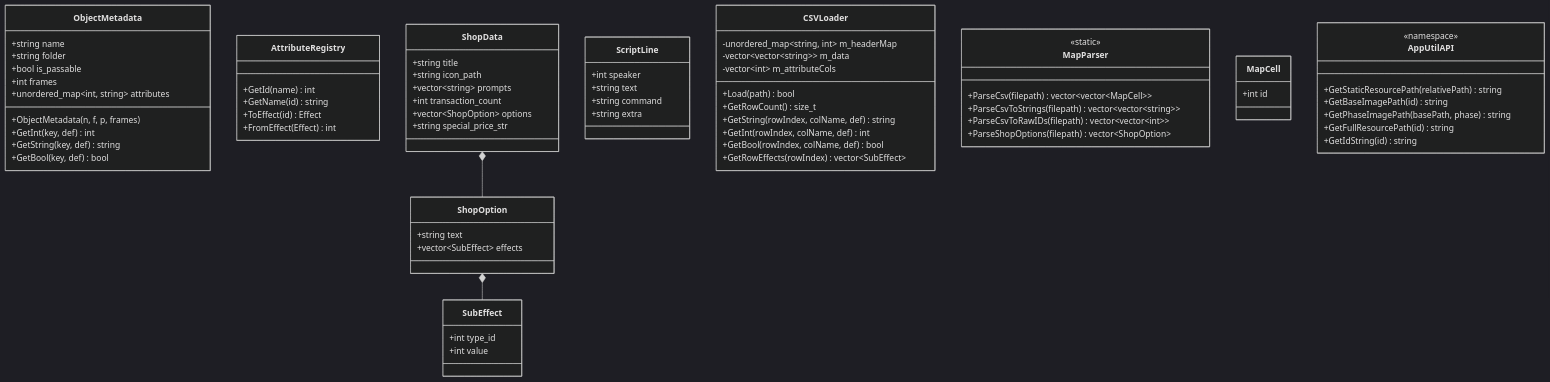
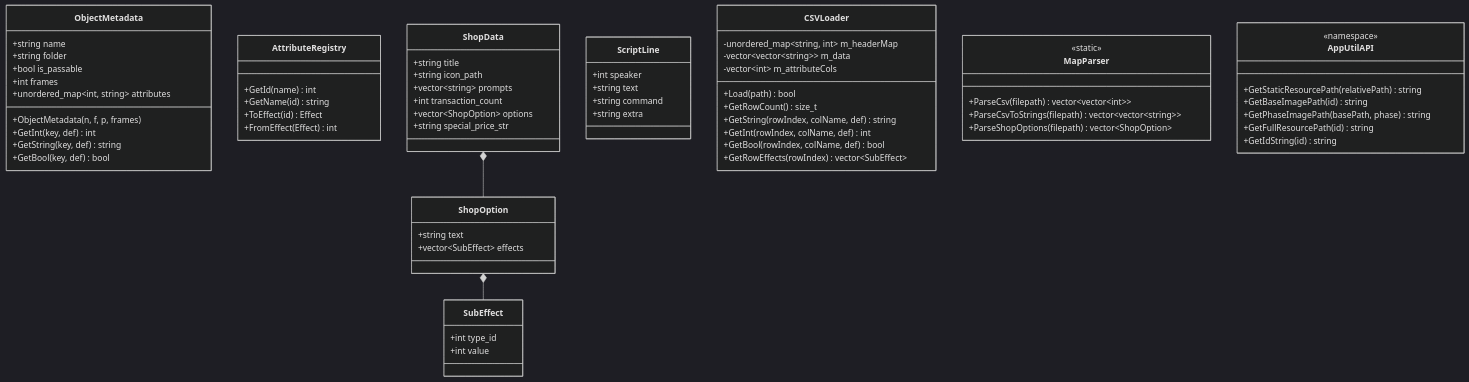
Before and after one commit to XWJWPIY/schoolwork_recreate_magic_tower: the third of 4 diagrams in Constructure.md, drawn with Mermaid (dark theme). The commit also changed other lines of this file and 5 other files, not shown here.

```diff
--- a/Constructure.md
+++ b/Constructure.md
@@ -411,14 +363,9 @@
 
     class MapParser {
         <<static>>
-        +ParseCsv(filepath) vector~vector~MapCell~~
+        +ParseCsv(filepath) vector~vector~int~~
         +ParseCsvToStrings(filepath) vector~vector~string~~
-        +ParseCsvToRawIDs(filepath) vector~vector~int~~
         +ParseShopOptions(filepath) vector~ShopOption~
-    }
-
-    class MapCell {
-        +int id
     }
 
     class AppUtilAPI {
```
